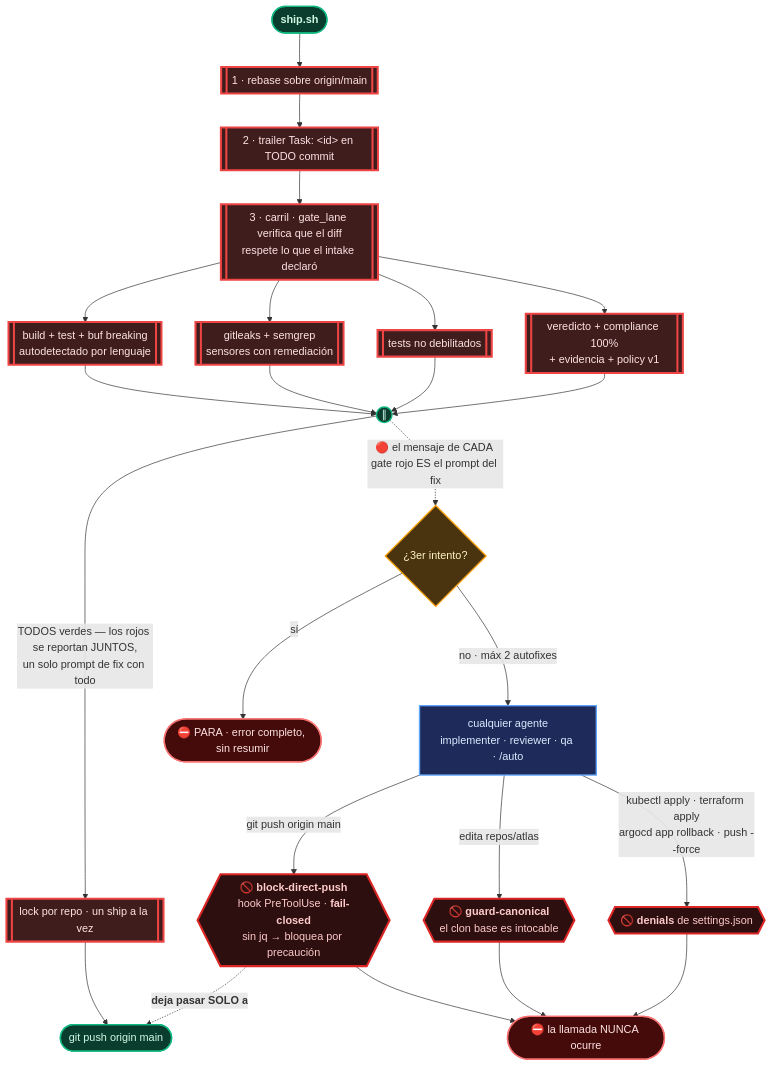
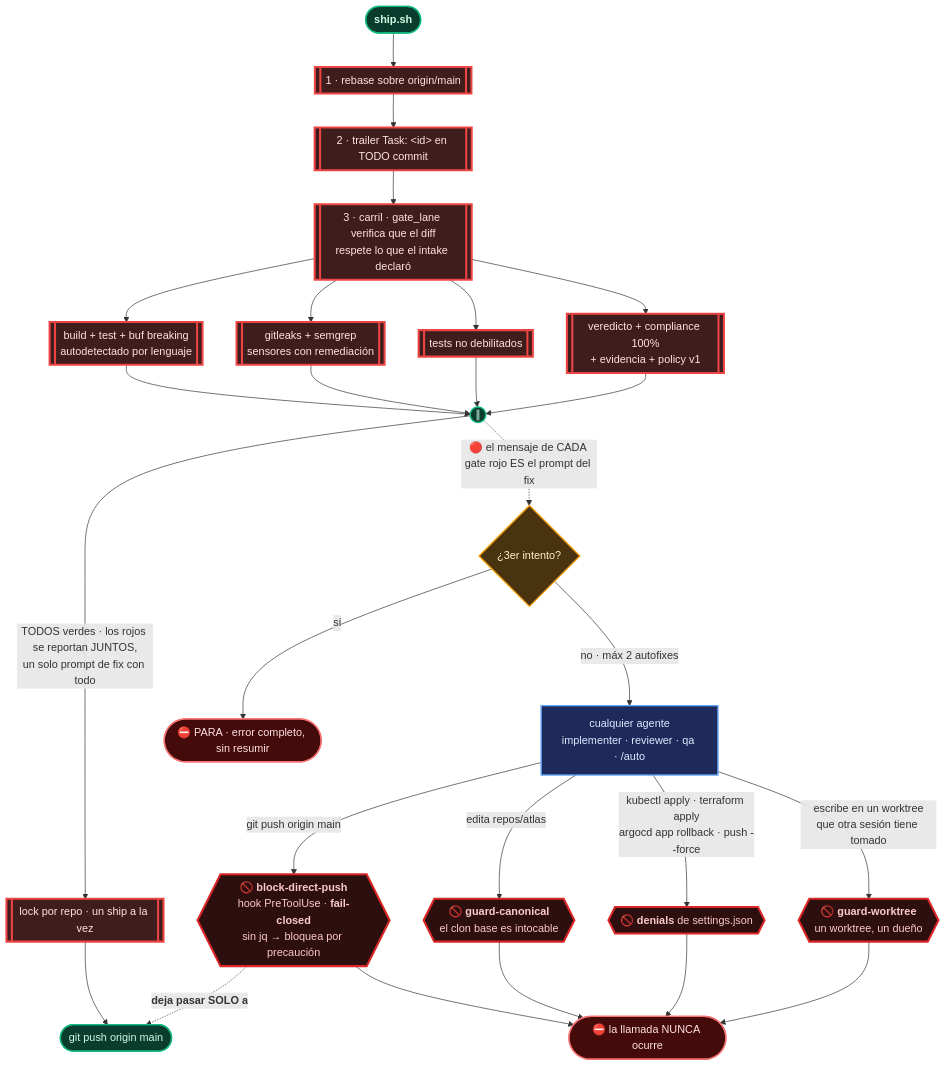
The fifth of 7 diagrams in README.md (andresgarcia29/harness-creator), drawn with Mermaid before and after one commit. The commit also changed other lines of this file and 1 other file, not shown here.

First line of the commit message:
docs(readme): reescritura completa, con glosario y sin guion largo

````diff
--- a/README.md
+++ b/README.md
@@ -382,34 +449,36 @@
 ```mermaid
 flowchart TD
   A["cualquier agente<br/>implementer · reviewer · qa · /auto"]:::agent -->|"git push origin main"| H1{{"🚫 <b>block-direct-push</b><br/>hook PreToolUse · <b>fail-closed</b><br/>sin jq → bloquea por precaución"}}:::hook
   A -->|"edita repos/atlas"| H2{{"🚫 <b>guard-canonical</b><br/>el clon base es intocable"}}:::hook
+  A -->|"escribe en un worktree<br/>que otra sesión tiene tomado"| H4{{"🚫 <b>guard-worktree</b><br/>un worktree, un dueño"}}:::hook
   A -->|"kubectl apply · terraform apply<br/>argocd app rollback · push --force"| H3{{"🚫 <b>denials</b> de settings.json"}}:::hook
   H1 --> X(["⛔ la llamada NUNCA ocurre"]):::stop
   H2 --> X
   H3 --> X
+  H4 --> X
 
   SH(["<b>ship.sh</b>"]):::script --> G1[["1 · rebase sobre origin/main"]]:::gate
   G1 --> G2[["2 · trailer Task: &lt;id&gt; en TODO commit"]]:::gate
   G2 --> GL[["3 · carril · gate_lane verifica que el diff<br/>respete lo que el intake declaró"]]:::gate
   GL --> G3[["build + test + buf breaking<br/>autodetectado por lenguaje"]]:::gate
   GL --> G5[["gitleaks + semgrep<br/>sensores con remediación"]]:::gate
   GL --> GT[["tests no debilitados"]]:::gate
   GL --> G7[["veredicto + compliance 100%<br/>+ evidencia + policy v1"]]:::gate
   G3 --> J(("∥")):::script
   G5 --> J
   GT --> J
   G7 --> J
-  J -->|"TODOS verdes — los rojos se reportan JUNTOS,<br/>un solo prompt de fix con todo"| G8[["lock por repo · un ship a la vez"]]:::gate
+  J -->|"TODOS verdes · los rojos se reportan JUNTOS,<br/>un solo prompt de fix con todo"| G8[["lock por repo · un ship a la vez"]]:::gate
   G8 --> P(["git push origin main"]):::script
   H1 -.->|"<b>deja pasar SOLO a</b>"| P
   J -.->|"🔴 el mensaje de CADA gate rojo ES el prompt del fix"| F{"¿3er intento?"}:::dec
   F -->|"no · máx 2 autofixes"| A
   F -->|"sí"| ST(["⛔ PARA · error completo, sin resumir"]):::stop
 
 classDef agent fill:#1e2a5a,stroke:#60a5fa,stroke-width:2px,color:#dbeafe
 classDef dec fill:#4a3410,stroke:#f59e0b,stroke-width:2px,color:#fef3c7
 classDef gate fill:#3f1d1d,stroke:#ef4444,stroke-width:3px,color:#fee2e2
 classDef hook fill:#2d0f0f,stroke:#dc2626,stroke-width:3px,color:#fecaca
 classDef stop fill:#450a0a,stroke:#f87171,stroke-width:2px,color:#fee2e2
 classDef script fill:#0b3d2e,stroke:#10b981,stroke-width:2px,color:#d1fae5
 ```
````
